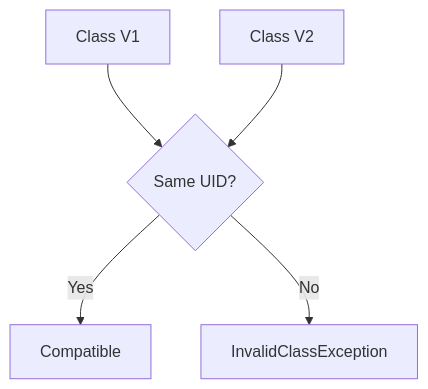
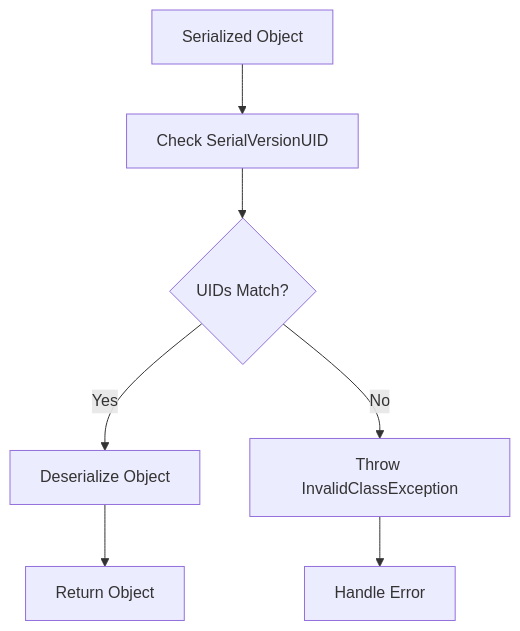
One commit to DanielCreggOrganization/w9-lab-serialization-zainabajiboye changed the fifth of 6 diagrams in README.md. Above: the diagram before and after it, drawn with Mermaid. The commit also changed other lines of this file, not shown here.

````diff
--- a/README.md
+++ b/README.md
@@ -208,7 +512,9 @@
 ```mermaid
 graph TD
-    A[Class V1] --> B{Same UID?}
-    C[Class V2] --> B
-    B -->|Yes| D[Compatible]
-    B -->|No| E[InvalidClassException]
+    A[Serialized Object] --> B[Check SerialVersionUID]
+    B --> C{UIDs Match?}
+    C -->|Yes| D[Deserialize Object]
+    C -->|No| E[Throw InvalidClassException]
+    D --> F[Return Object]
+    E --> G[Handle Error]
 ```
````
